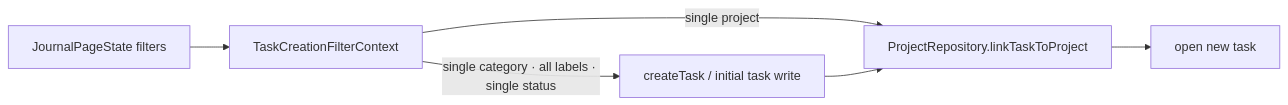
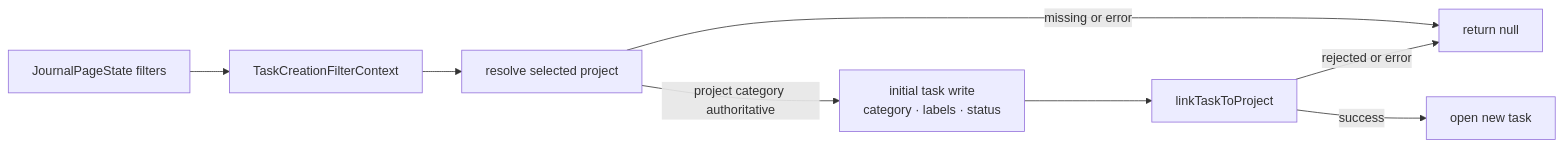
One commit to matthiasn/lotti changed the third of 15 diagrams in lib/features/tasks/README.md. Above: the diagram before and after it, drawn with Mermaid. The commit also changed other lines of this file and 3 other files, not shown here.

Commit message:
fix: validate inherited project before task creation

````diff
--- a/lib/features/tasks/README.md
+++ b/lib/features/tasks/README.md
@@ -142,8 +145,10 @@
 ```mermaid
 flowchart LR
   Filter["JournalPageState filters"] --> Snapshot["TaskCreationFilterContext"]
-  Snapshot -->|"single category · all labels · single status"| Create["createTask / initial task write"]
-  Snapshot -->|"single project"| Project["ProjectRepository.linkTaskToProject"]
-  Project --> Navigate["open new task"]
-  Create --> Project
+  Snapshot --> Validate["resolve selected project"]
+  Validate -->|"missing or error"| Abort["return null"]
+  Validate -->|"project category authoritative"| Create["initial task write<br/>category · labels · status"]
+  Create --> Link["linkTaskToProject"]
+  Link -->|"success"| Navigate["open new task"]
+  Link -->|"rejected or error"| Abort
 ```
````
